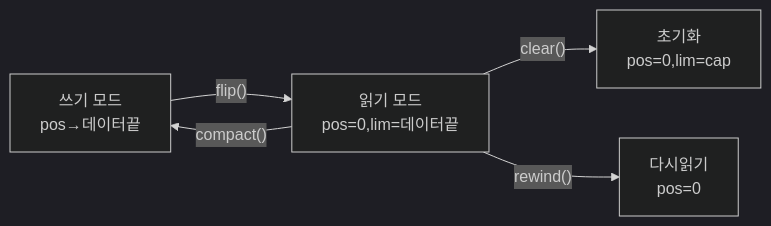
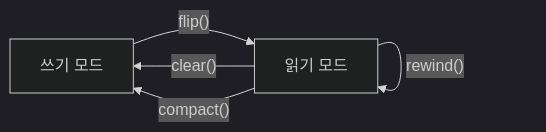
Before and after one commit to yjkim2015/yjkim2015.github.io: the sixth of 8 diagrams in _posts/java/2026-05-01-java-io.md, drawn with Mermaid (dark theme). The commit also changed other lines of this file and 245 other files, not shown here.

First line of the commit message:
Mermaid 다이어그램 전면 수정 + 면접 포인트 접기/펼치기 + DB 데드락 페이지

````diff
--- a/_posts/java/2026-05-01-java-io.md
+++ b/_posts/java/2026-05-01-java-io.md
@@ -380,7 +380,7 @@
 ```mermaid
 graph LR
-    WRITE["쓰기 모드\npos→데이터끝"] -->|"flip()"| READ["읽기 모드\npos=0,lim=데이터끝"]
-    READ -->|"clear()"| INIT["초기화\npos=0,lim=cap"]
+    WRITE["쓰기 모드"] -->|"flip()"| READ["읽기 모드"]
+    READ -->|"clear()"| WRITE
     READ -->|"compact()"| WRITE
-    READ -->|"rewind()"| READ2["다시읽기\npos=0"]
+    READ -->|"rewind()"| READ
 ```
````
